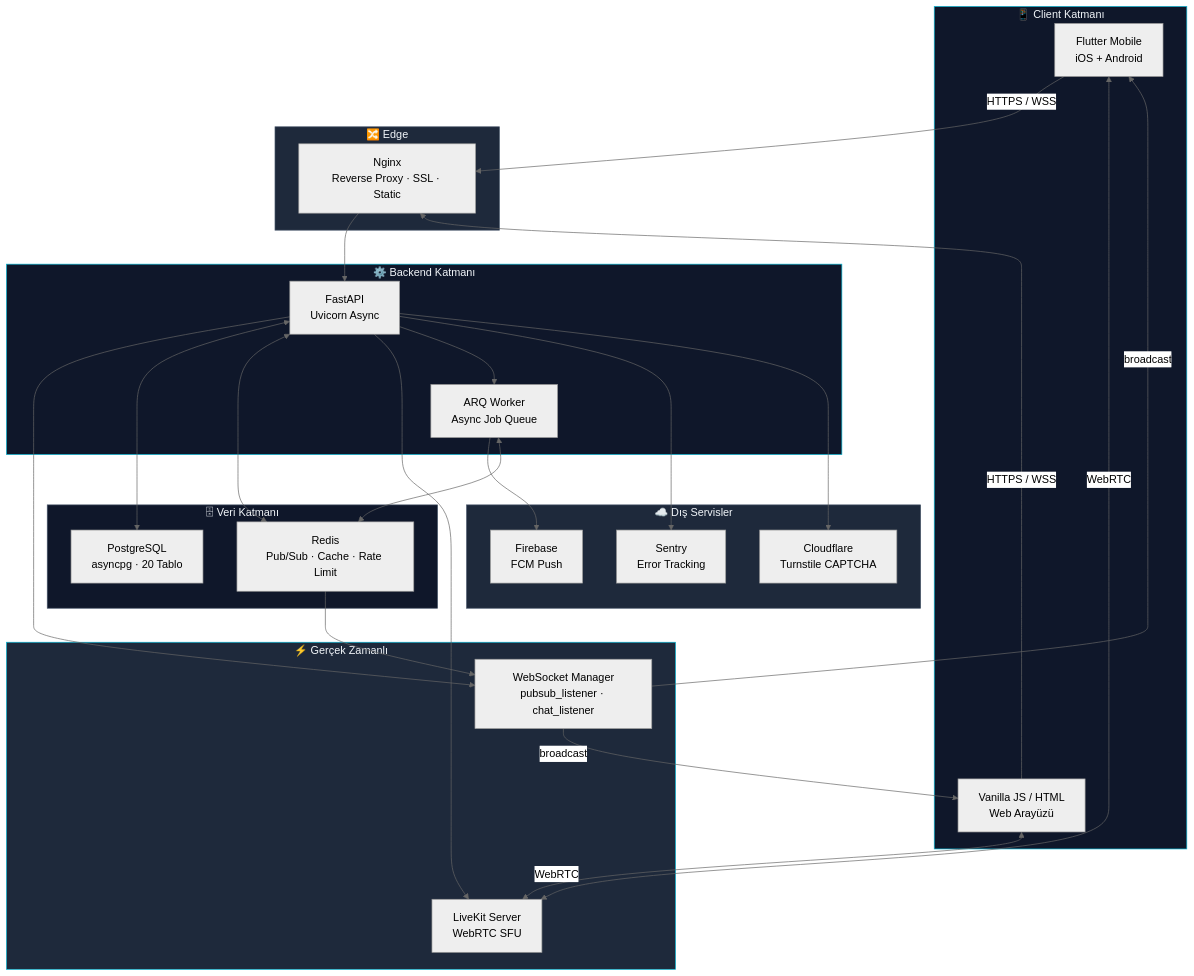
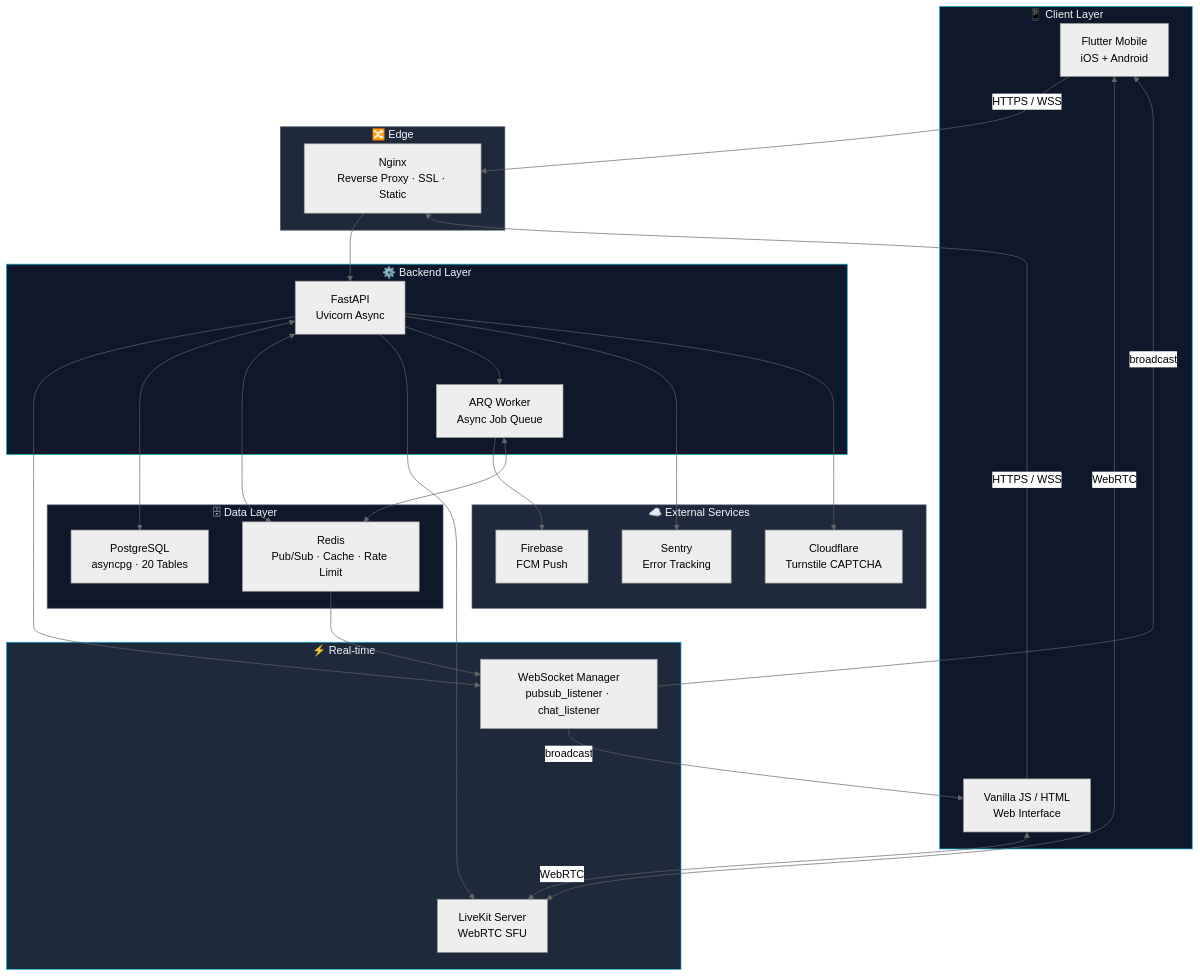
Before and after one commit to tucibeyin/teqlif: the first of 10 diagrams in README.md, drawn with Mermaid (neutral theme). The commit also changed other lines of this file, not shown here.

````diff
--- a/README.md
+++ b/README.md
@@ -45,57 +45,57 @@
 ```mermaid
 graph TB
-    subgraph CLIENTS["📱 Client Katmanı"]
+    subgraph CLIENTS["📱 Client Layer"]
         MOB["Flutter Mobile<br/>iOS + Android"]
-        WEB["Vanilla JS / HTML<br/>Web Arayüzü"]
+        WEB["Vanilla JS / HTML<br/>Web Interface"]
     end
 
     subgraph EDGE["🔀 Edge"]
         NGINX["Nginx<br/>Reverse Proxy · SSL · Static"]
     end
 
-    subgraph BACKEND["⚙️ Backend Katmanı"]
+    subgraph BACKEND["⚙️ Backend Layer"]
         API["FastAPI<br/>Uvicorn Async"]
         WORKER["ARQ Worker<br/>Async Job Queue"]
     end
 
-    subgraph REALTIME["⚡ Gerçek Zamanlı"]
+    subgraph REALTIME["⚡ Real-time"]
         WS["WebSocket Manager<br/>pubsub_listener · chat_listener"]
         LK["LiveKit Server<br/>WebRTC SFU"]
     end
 
-    subgraph DATA["🗄 Veri Katmanı"]
-        PG["PostgreSQL<br/>asyncpg · 20 Tablo"]
+    subgraph DATA["🗄 Data Layer"]
+        PG["PostgreSQL<br/>asyncpg · 20 Tables"]
         RD["Redis<br/>Pub/Sub · Cache · Rate Limit"]
     end
 
-    subgraph EXTERNAL["☁️ Dış Servisler"]
+    subgraph EXTERNAL["☁️ External Services"]
         FB["Firebase<br/>FCM Push"]
         ST["Sentry<br/>Error Tracking"]
         CF["Cloudflare<br/>Turnstile CAPTCHA"]
     end
 
     MOB -->|HTTPS / WSS| NGINX
     WEB -->|HTTPS / WSS| NGINX
     NGINX --> API
     API --> WS
     API <--> PG
     API <--> RD
     RD --> WS
     WS -->|broadcast| MOB
     WS -->|broadcast| WEB
     API --> LK
     MOB <-->|WebRTC| LK
     WEB <-->|WebRTC| LK
     WORKER --> FB
     WORKER <--> RD
     API --> WORKER
     API --> ST
     API --> CF
 
     style CLIENTS fill:#0F172A,stroke:#06B6D4,color:#F1F5F9
     style EDGE fill:#1E293B,stroke:#475569,color:#F1F5F9
     style BACKEND fill:#0F172A,stroke:#06B6D4,color:#F1F5F9
     style REALTIME fill:#1E293B,stroke:#06B6D4,color:#F1F5F9
     style DATA fill:#0F172A,stroke:#475569,color:#F1F5F9
     style EXTERNAL fill:#1E293B,stroke:#475569,color:#F1F5F9
 ```
````
